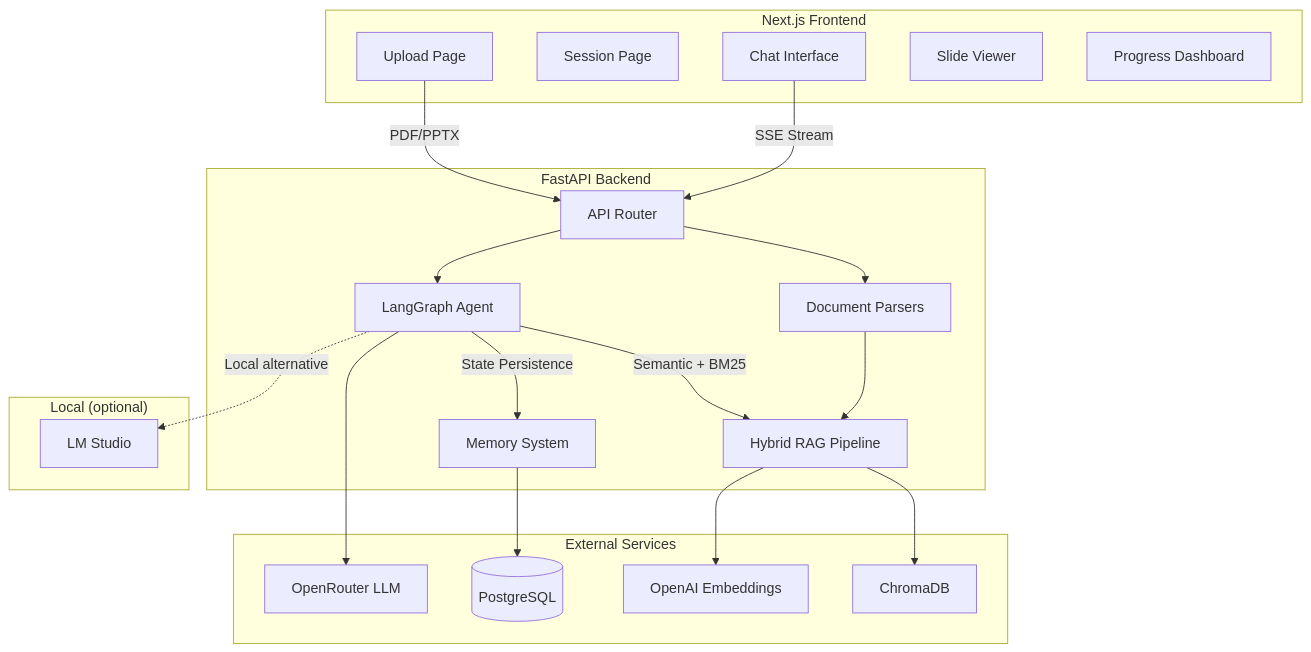
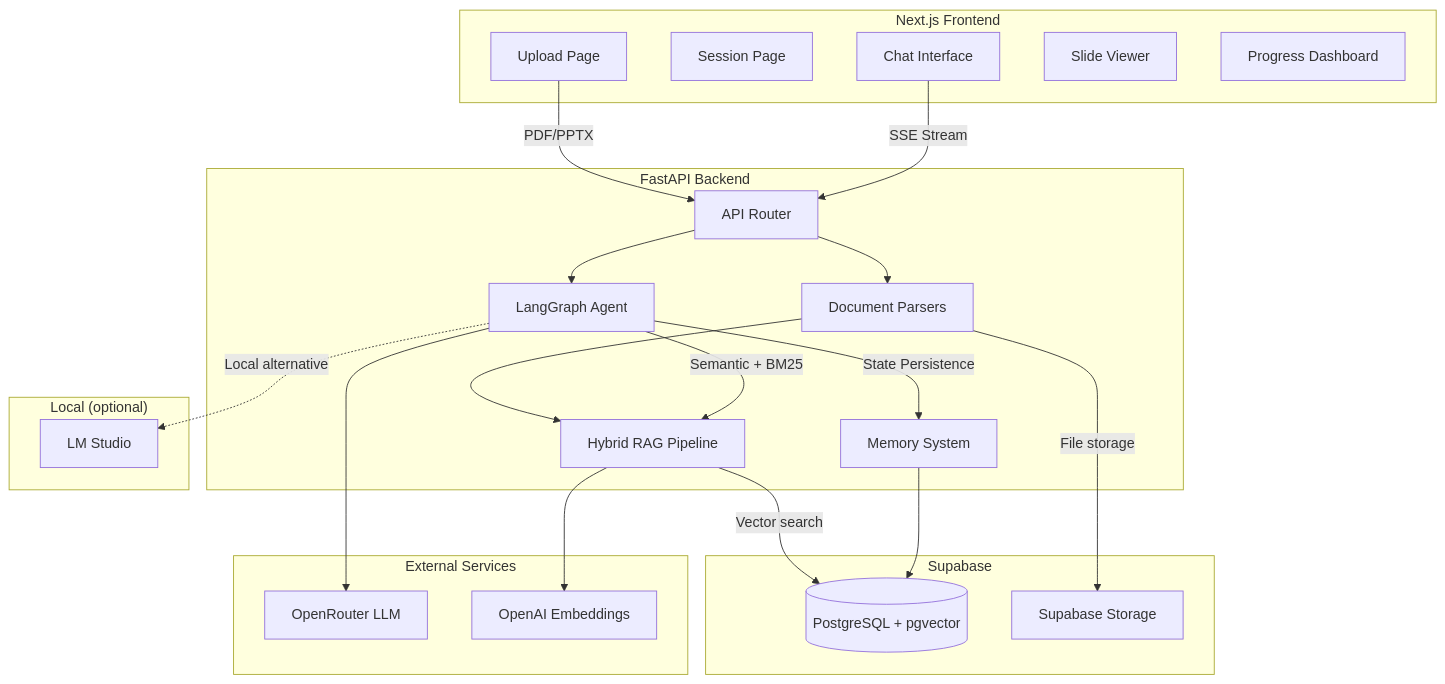
Before and after one commit to SpectrumTantrum/Slideguide: the diagram in README.md, drawn with Mermaid. The commit also changed other lines of this file, not shown here.

First line of the commit message:
Migrate README from Chroma/Prisma to Supabase

````diff
--- a/README.md
+++ b/README.md
@@ -7,41 +7,45 @@
 ```mermaid
 graph TB
     subgraph Frontend["Next.js Frontend"]
         Upload[Upload Page]
         Session[Session Page]
         Chat[Chat Interface]
         Slides[Slide Viewer]
         Progress[Progress Dashboard]
     end
 
     subgraph API["FastAPI Backend"]
         Router[API Router]
         Parsers[Document Parsers]
         RAG[Hybrid RAG Pipeline]
         Agent[LangGraph Agent]
         Memory[Memory System]
     end
 
     subgraph External["External Services"]
         OpenRouter[OpenRouter LLM]
         OpenAI[OpenAI Embeddings]
-        Chroma[ChromaDB]
-        Postgres[(PostgreSQL)]
+    end
+
+    subgraph Supabase["Supabase"]
+        Postgres[(PostgreSQL + pgvector)]
+        Storage[Supabase Storage]
     end
 
     subgraph Local["Local (optional)"]
         LMStudio[LM Studio]
     end
 
     Upload -->|PDF/PPTX| Router
     Chat -->|SSE Stream| Router
     Router --> Parsers --> RAG
     Router --> Agent
     Agent -->|Semantic + BM25| RAG
     Agent -->|State Persistence| Memory
-    RAG --> Chroma
+    RAG -->|Vector search| Postgres
     RAG --> OpenAI
     Agent --> OpenRouter
     Agent -.->|Local alternative| LMStudio
     Memory --> Postgres
+    Parsers -->|File storage| Storage
 ```
````
